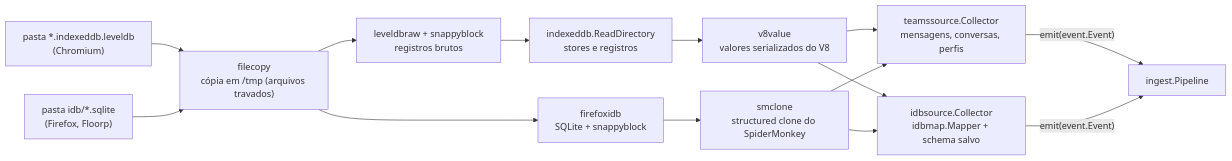
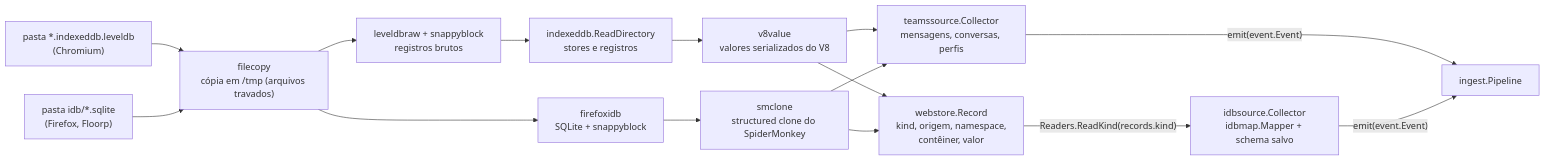
Before and after one commit to Chipskein/cade: the sixth of 12 diagrams in docs/ARCHITECTURE.md, drawn with Mermaid. The commit also changed other lines of this file and 3 other files, not shown here.

First line of the commit message:
docs: browser storages behind one reader, changelog and architecture (#73)

````diff
--- a/docs/ARCHITECTURE.md
+++ b/docs/ARCHITECTURE.md
@@ -276,16 +280,17 @@
 ```mermaid
 flowchart LR
     dir["pasta *.indexeddb.leveldb<br/>(Chromium)"] --> copy["filecopy<br/>cópia em /tmp (arquivos travados)"]
     fdir["pasta idb/*.sqlite<br/>(Firefox, Floorp)"] --> copy
     copy --> ldb["leveldbraw + snappyblock<br/>registros brutos"]
     ldb --> idb["indexeddb.ReadDirectory<br/>stores e registros"]
     idb --> v8["v8value<br/>valores serializados do V8"]
     copy --> fidb["firefoxidb<br/>SQLite + snappyblock"]
     fidb --> sm["smclone<br/>structured clone do SpiderMonkey"]
     v8 --> teams["teamssource.Collector<br/>mensagens, conversas, perfis"]
-    v8 --> idbsrc["idbsource.Collector<br/>idbmap.Mapper + schema salvo"]
+    v8 --> records["webstore.Record<br/>kind, origem, namespace,<br/>contêiner, valor"]
     sm --> teams
-    sm --> idbsrc
+    sm --> records
+    records -->|"Readers.ReadKind(records.kind)"| idbsrc["idbsource.Collector<br/>idbmap.Mapper + schema salvo"]
     teams -->|"emit(event.Event)"| pipeline["ingest.Pipeline"]
     idbsrc -->|"emit(event.Event)"| pipeline
 ```
````
